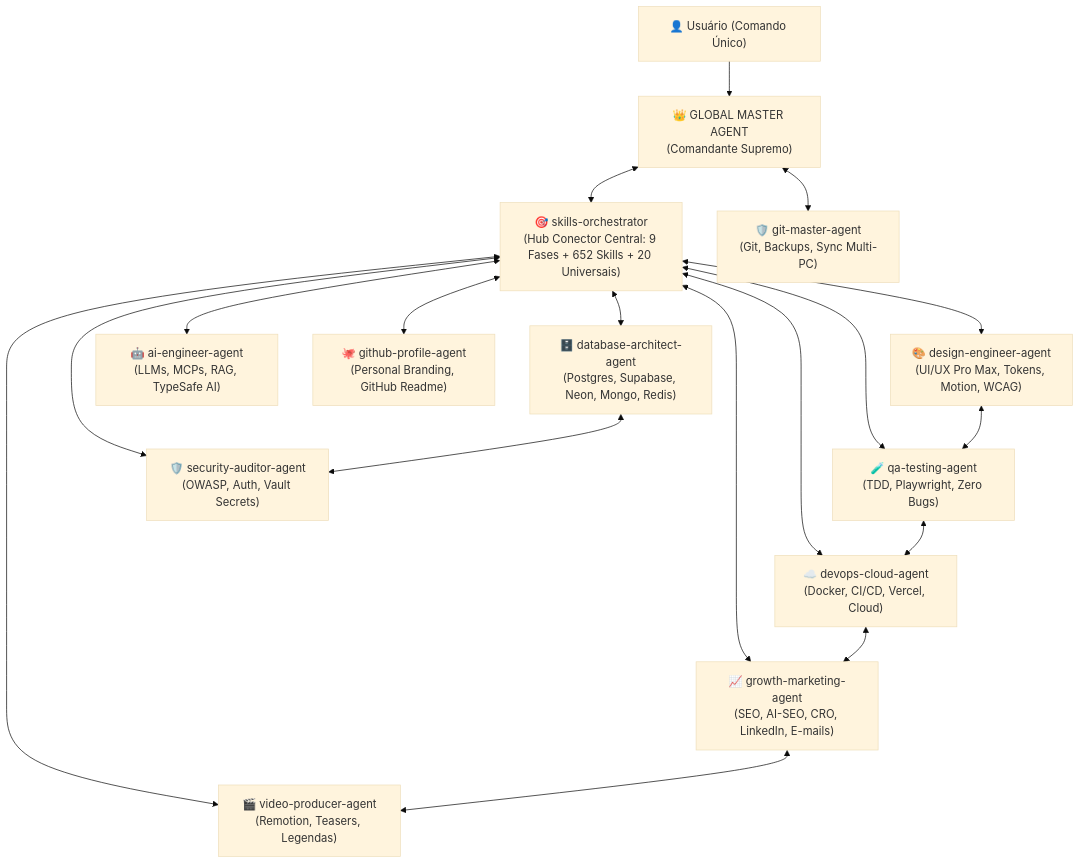
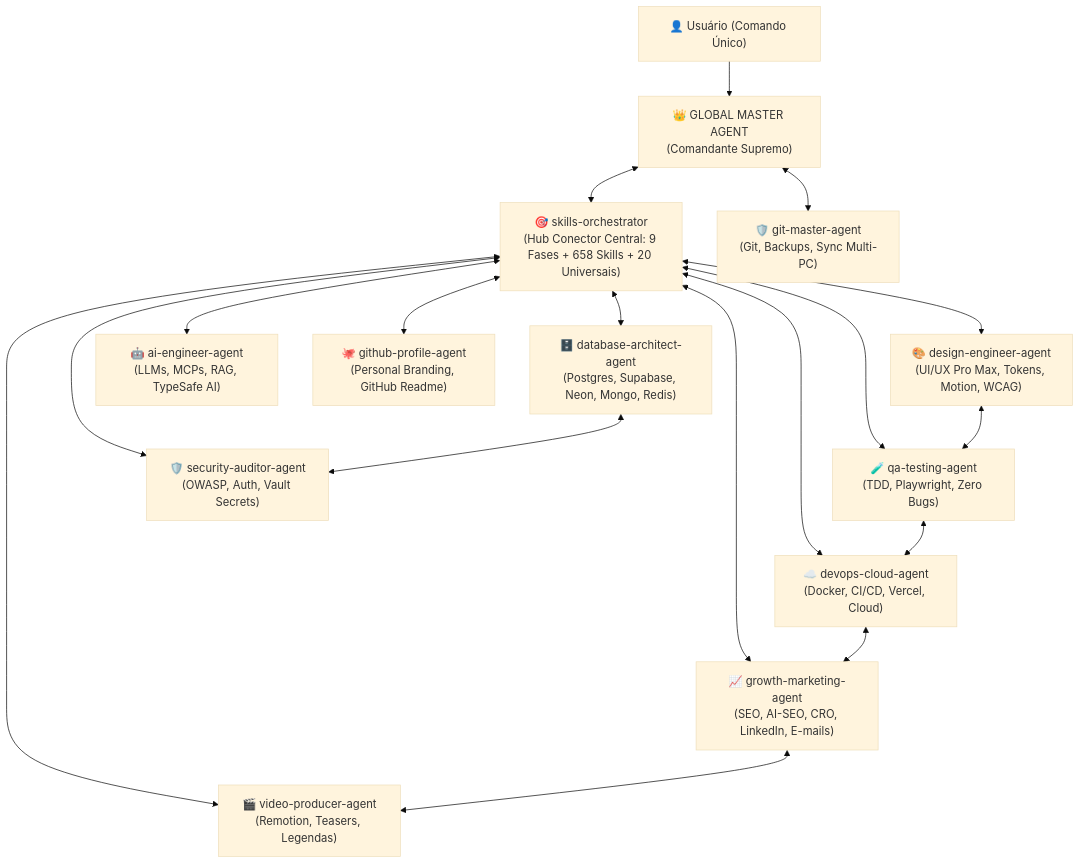
Before and after one commit to Henrique1601/SkiilsToIAs: the diagram in custom-agents/global-master-agent/SKILL.md, drawn with Mermaid (base theme). The commit also changed other lines of this file and 133 other files, not shown here.

````diff
--- a/custom-agents/global-master-agent/SKILL.md
+++ b/custom-agents/global-master-agent/SKILL.md
@@ -66,23 +66,23 @@
 ```mermaid
 flowchart TD
     User["👤 Usuário (Comando Único)"] --> GMA["👑 GLOBAL MASTER AGENT<br/>(Comandante Supremo)"]
     
-    GMA <--> ORCH["🎯 skills-orchestrator<br/>(Hub Conector Central: 9 Fases + 652 Skills + 20 Universais)"]
+    GMA <--> ORCH["🎯 skills-orchestrator<br/>(Hub Conector Central: 9 Fases + 658 Skills + 20 Universais)"]
     GMA <--> GIT["🛡️ git-master-agent<br/>(Git, Backups, Sync Multi-PC)"]
 
     ORCH <--> UI["🎨 design-engineer-agent<br/>(UI/UX Pro Max, Tokens, Motion, WCAG)"]
     ORCH <--> DB["🗄️ database-architect-agent<br/>(Postgres, Supabase, Neon, Mongo, Redis)"]
     ORCH <--> AI["🤖 ai-engineer-agent<br/>(LLMs, MCPs, RAG, TypeSafe AI)"]
     ORCH <--> QA["🧪 qa-testing-agent<br/>(TDD, Playwright, Zero Bugs)"]
     ORCH <--> SEC["🛡️ security-auditor-agent<br/>(OWASP, Auth, Vault Secrets)"]
     ORCH <--> CLOUD["☁️ devops-cloud-agent<br/>(Docker, CI/CD, Vercel, Cloud)"]
     ORCH <--> GROWTH["📈 growth-marketing-agent<br/>(SEO, AI-SEO, CRO, LinkedIn, E-mails)"]
     ORCH <--> VIDEO["🎬 video-producer-agent<br/>(Remotion, Teasers, Legendas)"]
     ORCH <--> PROFILE["🐙 github-profile-agent<br/>(Personal Branding, GitHub Readme)"]
 
     DB <--> SEC
     UI <--> QA
     QA <--> CLOUD
     CLOUD <--> GROWTH
     GROWTH <--> VIDEO
 ```
````
